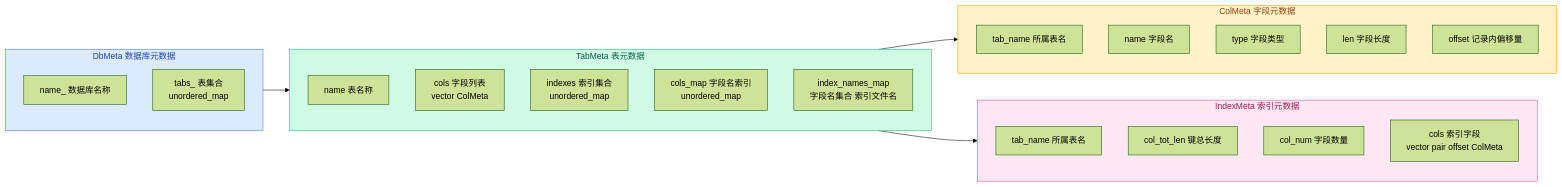
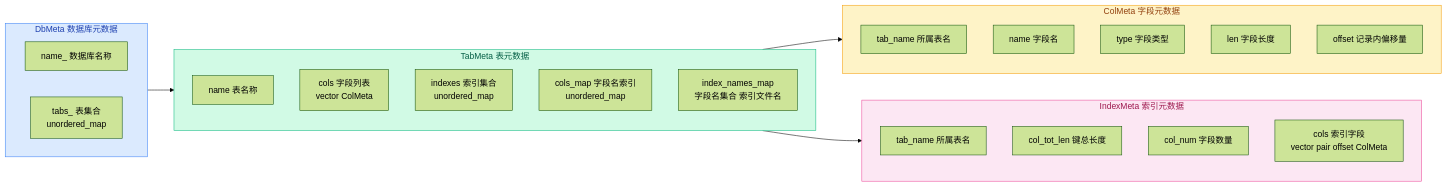
Before and after one commit to Dorian7Alden/RMDB-2024-Analyze: the first of 2 diagrams in my-analysis/04-system-layer/02-system-data-structures.md, drawn with Mermaid (forest theme). The commit also changed other lines of this file, not shown here.

````diff
--- a/my-analysis/04-system-layer/02-system-data-structures.md
+++ b/my-analysis/04-system-layer/02-system-data-structures.md
@@ -9,38 +9,39 @@
 ```mermaid
 flowchart LR
     subgraph db["DbMeta 数据库元数据"]
+        direction LR
         style db fill:#dbeafe,stroke:#3b82f6,color:#1e40af
         NAME["name_ 数据库名称"]
         TABS["tabs_ 表集合<br/>unordered_map<string, TabMeta>"]
     end
 
     subgraph tab["TabMeta 表元数据"]
         style tab fill:#d1fae5,stroke:#10b981,color:#065f46
         TNAME["name 表名称"]
         COLS["cols 字段列表<br/>vector ColMeta"]
         INDEXES["indexes 索引集合<br/>unordered_map<string, IndexMeta>"]
         COLSMAP["cols_map 字段名索引<br/>unordered_map<string, size_t>"]
         IXNAMES["index_names_map<br/>字段名集合 索引文件名"]
     end
 
     subgraph col["ColMeta 字段元数据"]
         style col fill:#fef3c7,stroke:#f59e0b,color:#92400e
         CTAB["tab_name 所属表名"]
         CNAME["name 字段名"]
         CTYPE["type 字段类型"]
         CLEN["len 字段长度"]
         COFF["offset 记录内偏移量"]
     end
 
     subgraph ix["IndexMeta 索引元数据"]
         style ix fill:#fce7f3,stroke:#ec4899,color:#9d174d
         ITAB["tab_name 所属表名"]
         ITLEN["col_tot_len 键总长度"]
         INUM["col_num 字段数量"]
         ICOLS["cols 索引字段<br/>vector pair offset ColMeta"]
     end
 
     db --> tab
     tab --> col
     tab --> ix
 ```
````
